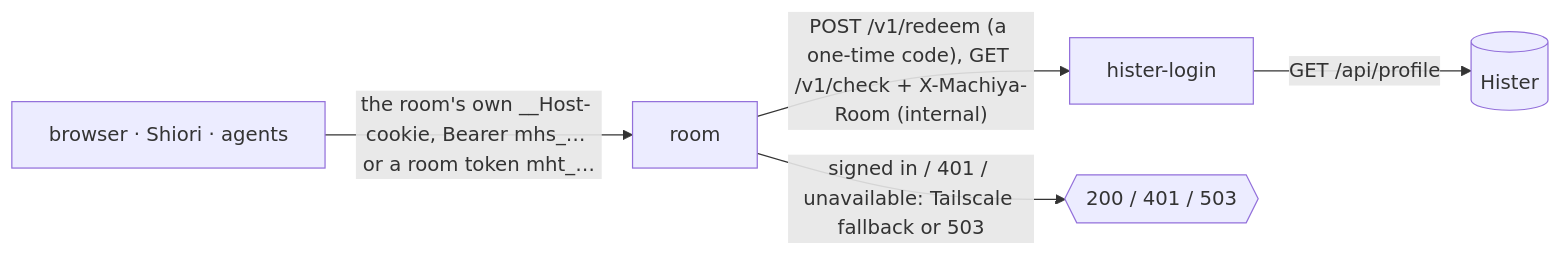
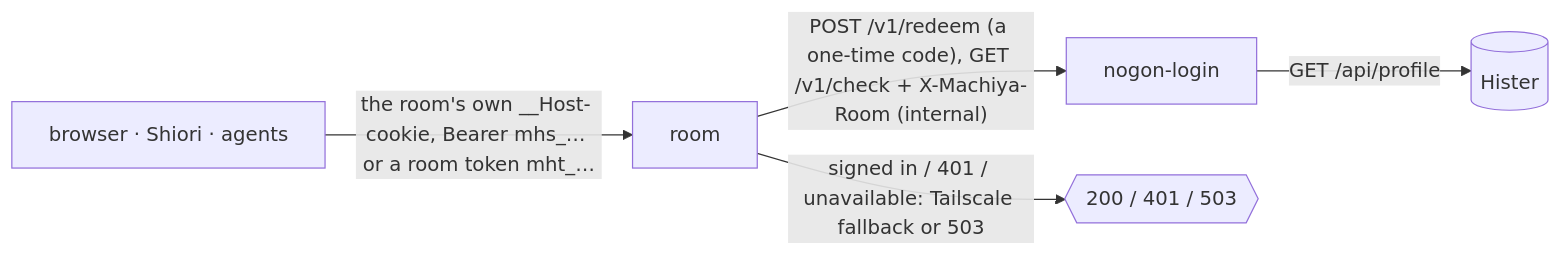
The fifth of 6 diagrams in docs/architecture.md (machiya-kobo/machiya), drawn with Mermaid before and after one commit. The commit also changed other lines of this file and 81 other files, not shown here.

````diff
--- a/docs/architecture.md
+++ b/docs/architecture.md
@@ -107,7 +107,7 @@
 ```mermaid
 flowchart LR
     who["browser · Shiori · agents"] -->|"the room's own __Host- cookie, Bearer mhs_… or a room token mht_…"| room["room"]
-    room -->|"POST /v1/redeem (a one-time code), GET /v1/check + X-Machiya-Room (internal)"| hl["hister-login"]
+    room -->|"POST /v1/redeem (a one-time code), GET /v1/check + X-Machiya-Room (internal)"| hl["nogon-login"]
     hl -->|"GET /api/profile"| h[("Hister")]
     room -->|"signed in / 401 / unavailable: Tailscale fallback or 503"| ok{{"200 / 401 / 503"}}
 ```
````
